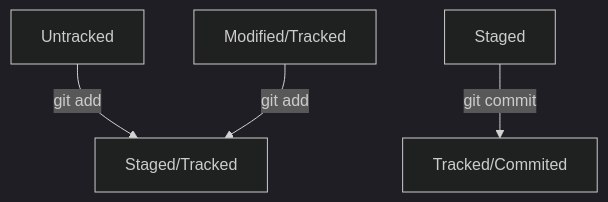
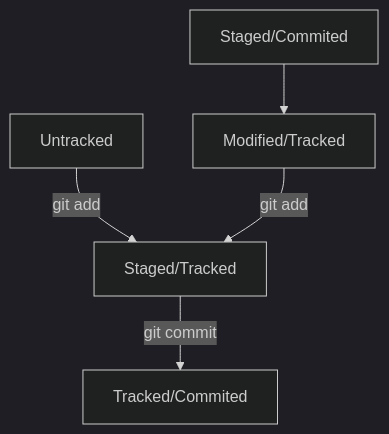
One commit to ne6esisbka/SOS_Bot changed the diagram in readme.md. Above: the diagram before and after it, drawn with Mermaid (dark theme).

Commit message:
в readme.md: - Редактирую  шпаргалку по статусам файла в GIT

````diff
--- a/readme.md
+++ b/readme.md
@@ -205,7 +205,8 @@
 ```mermaid
   graph TD;
 	Untracked -- "git add" -->Staged/Tracked;
-	Staged -- "git commit" --> Tracked/Commited;
+	Staged/Tracked -- "git commit" --> Tracked/Commited;
+	Staged/Commited --> Modified/Tracked;
 	Modified/Tracked -- "git add" --> Staged/Tracked;
 	
 ```
````
